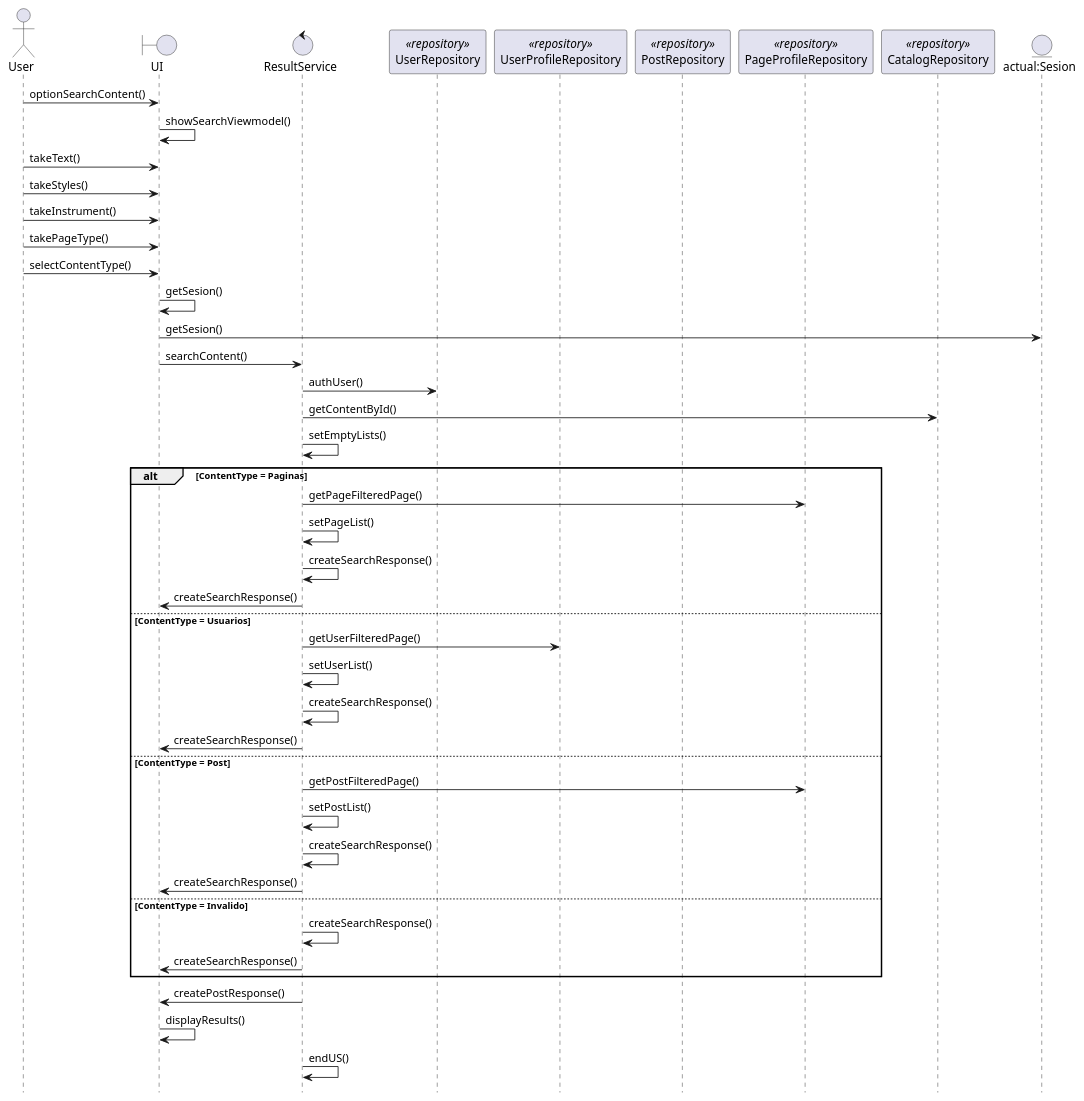
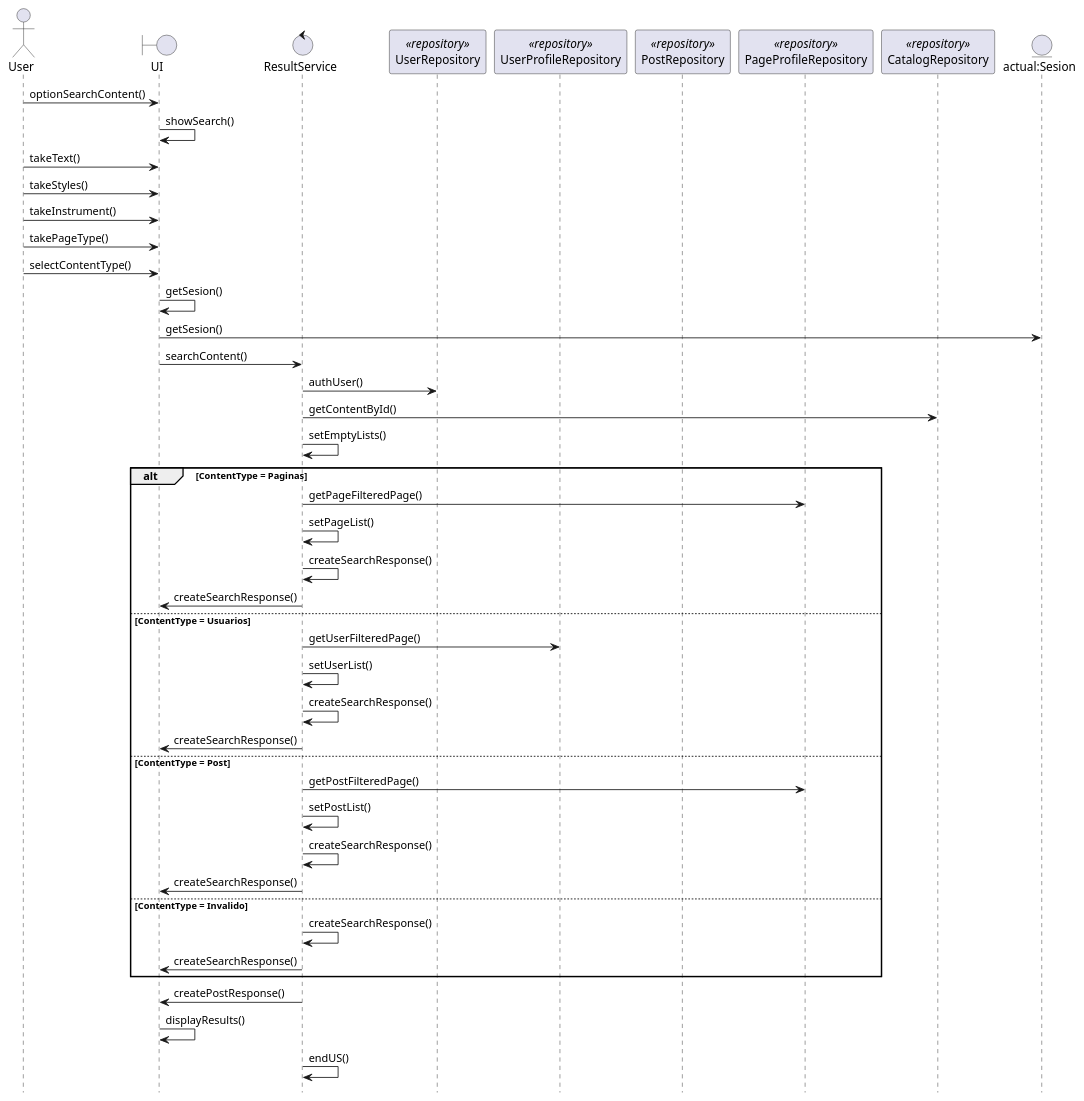
One commit to 2piradrian/seminario-docs changed the diagram in search-content-sequence.puml. Above: the diagram before and after it, drawn with PlantUML. The commit also changed 3 other files, not shown here.

Commit message:
Fix show names in sequences

```diff
--- a/search-content-sequence.puml
+++ b/search-content-sequence.puml
@@ -1,51 +1,51 @@
 @startuml
 
 hide footbox
 
 actor User
 boundary "UI" as UI
 control "ResultService" as RS
 participant "UserRepository" as UR <<repository>>
 participant "UserProfileRepository" as UPR <<repository>>
 participant "PostRepository" as PTR <<repository>>
 participant "PageProfileRepository" as PPR <<repository>>
 participant "CatalogRepository" as CR <<repository>>
 entity "actual:Sesion" as S
 
 User -> UI : optionSearchContent()
-UI -> UI: showSearchViewmodel()
+UI -> UI: showSearch()
 User -> UI: takeText()
 User -> UI: takeStyles()
 User -> UI: takeInstrument()
 User -> UI: takePageType()
 User -> UI: selectContentType()
 UI -> UI: getSesion()
 UI -> S: getSesion()
 UI -> RS: searchContent()
 RS -> UR: authUser()
 RS -> CR: getContentById()
 RS -> RS: setEmptyLists()
 alt ContentType = Paginas
     RS -> PPR: getPageFilteredPage()
     RS -> RS: setPageList()
     RS -> RS: createSearchResponse()
     RS -> UI: createSearchResponse()
 else ContentType = Usuarios
     RS -> UPR: getUserFilteredPage()
     RS -> RS: setUserList()
     RS -> RS: createSearchResponse()
     RS -> UI: createSearchResponse()
 else ContentType = Post
     RS -> PPR: getPostFilteredPage()
     RS -> RS: setPostList()
     RS -> RS: createSearchResponse()
     RS -> UI: createSearchResponse()
 else ContentType = Invalido
     RS -> RS: createSearchResponse()
     RS -> UI: createSearchResponse()
 end
 RS -> UI: createPostResponse()
 UI -> UI: displayResults()
 RS -> RS: endUS()
 
 @enduml
```
